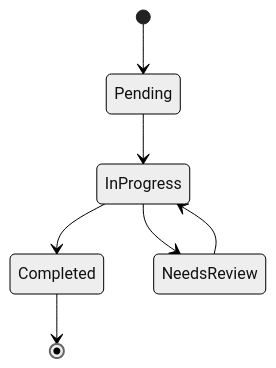
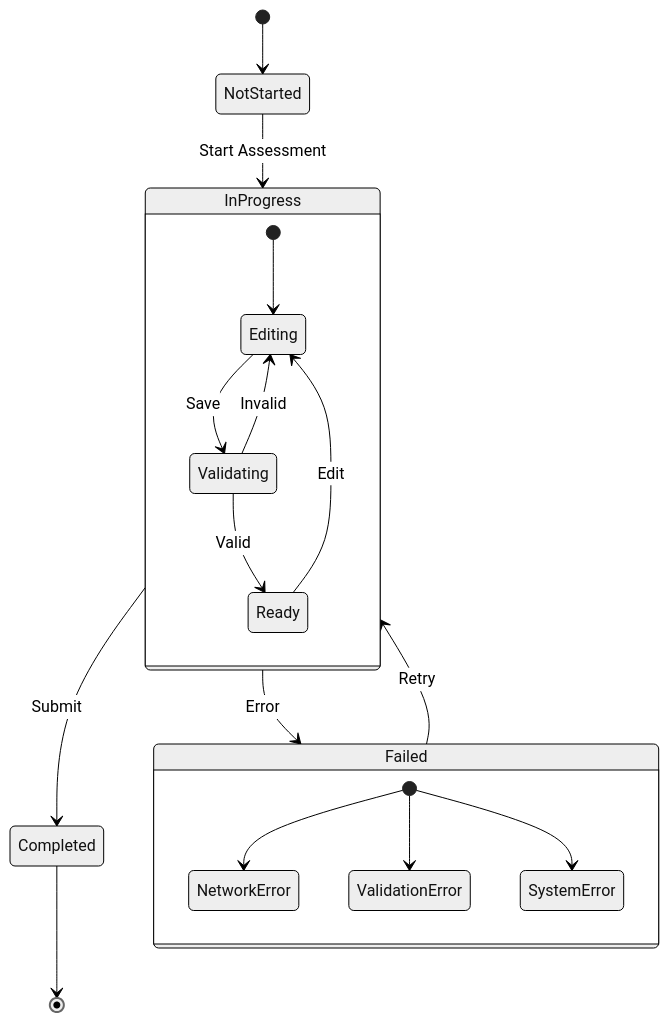
The eighth of 11 diagrams in SRS.md (srisrihari/pep-score-nexus), drawn with Mermaid (neutral theme) before and after one commit. The commit also changed other lines of this file, not shown here.

````diff
--- a/SRS.md
+++ b/SRS.md
@@ -1463,9 +2013,23 @@
 ```mermaid
 stateDiagram-v2
-    [*] --> Pending
-    Pending --> InProgress
-    InProgress --> Completed
-    InProgress --> NeedsReview
-    NeedsReview --> InProgress
+    [*] --> NotStarted
+    NotStarted --> InProgress: Start Assessment
+    InProgress --> Completed: Submit
+    InProgress --> Failed: Error
+    Failed --> InProgress: Retry
     Completed --> [*]
+
+    state InProgress {
+        [*] --> Editing
+        Editing --> Validating: Save
+        Validating --> Editing: Invalid
+        Validating --> Ready: Valid
+        Ready --> Editing: Edit
+    }
+
+    state Failed {
+        [*] --> NetworkError
+        [*] --> ValidationError
+        [*] --> SystemError
+    }
 ```
````
